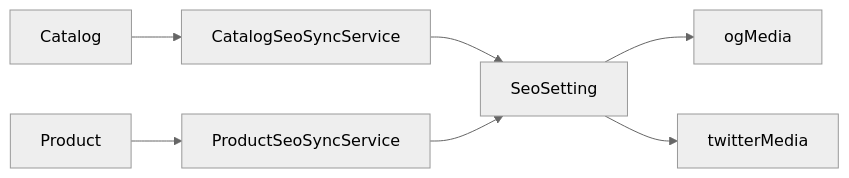
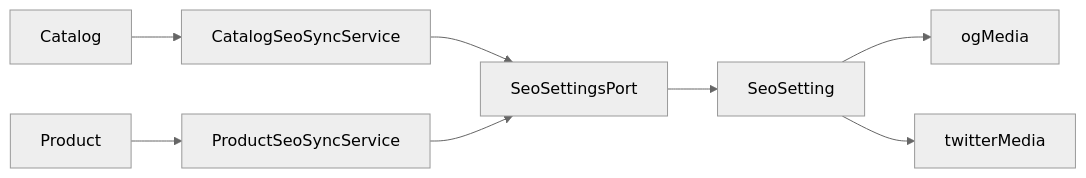
Before and after one commit to arsamurzaev/core-backend: the tenth of 21 diagrams in docs/catalog-backend-work-summary-obsidian.md, drawn with Mermaid (neutral theme). The commit also changed other lines of this file and 133 other files, not shown here.

````diff
--- a/docs/catalog-backend-work-summary-obsidian.md
+++ b/docs/catalog-backend-work-summary-obsidian.md
@@ -571,9 +610,10 @@
 ```mermaid
 flowchart LR
     Catalog --> CatalogSeoSync[CatalogSeoSyncService]
     Product --> ProductSeoSync[ProductSeoSyncService]
-    CatalogSeoSync --> SeoSetting
-    ProductSeoSync --> SeoSetting
+    CatalogSeoSync --> SeoPort[SeoSettingsPort]
+    ProductSeoSync --> SeoPort
+    SeoPort --> SeoSetting
     SeoSetting --> OgMedia[ogMedia]
     SeoSetting --> TwitterMedia[twitterMedia]
 ```
````
